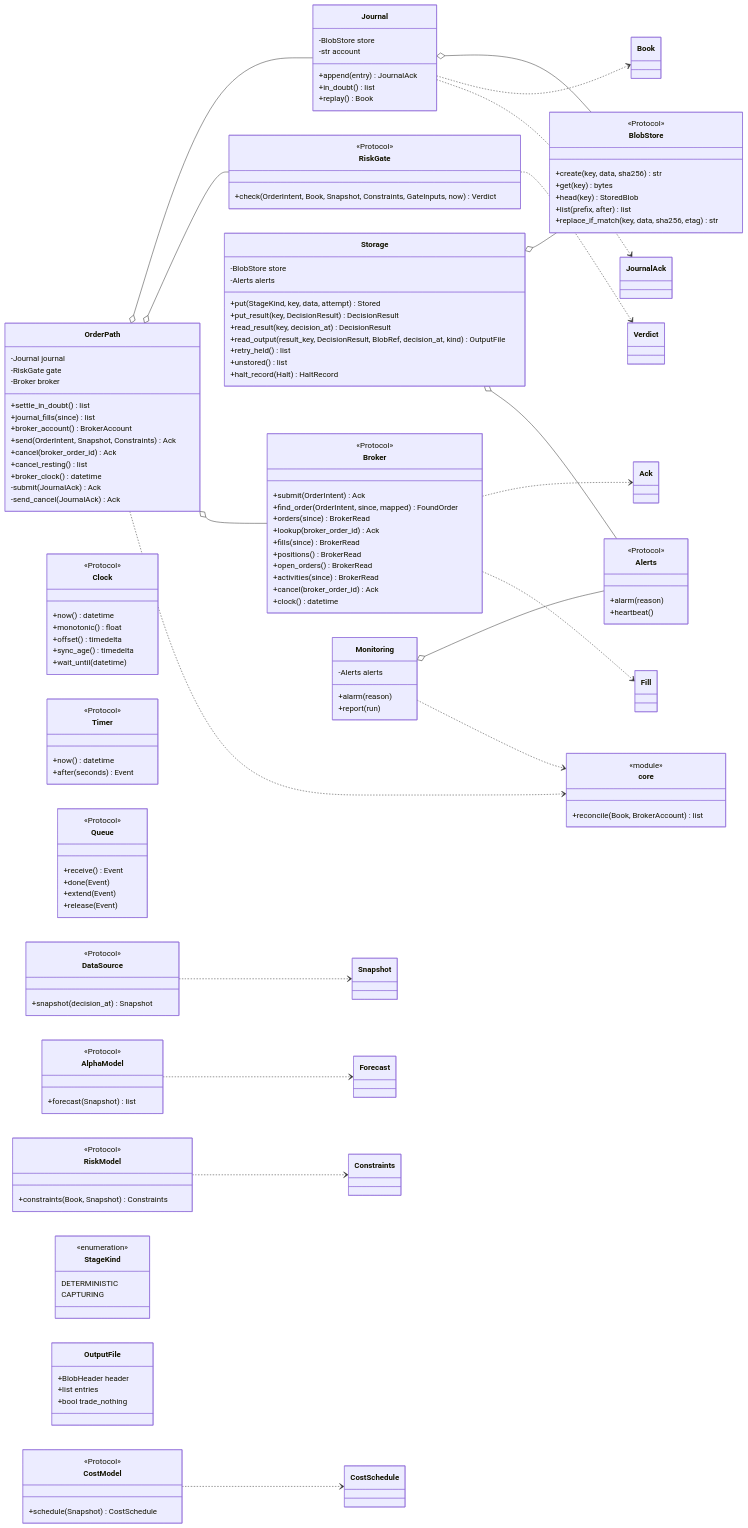
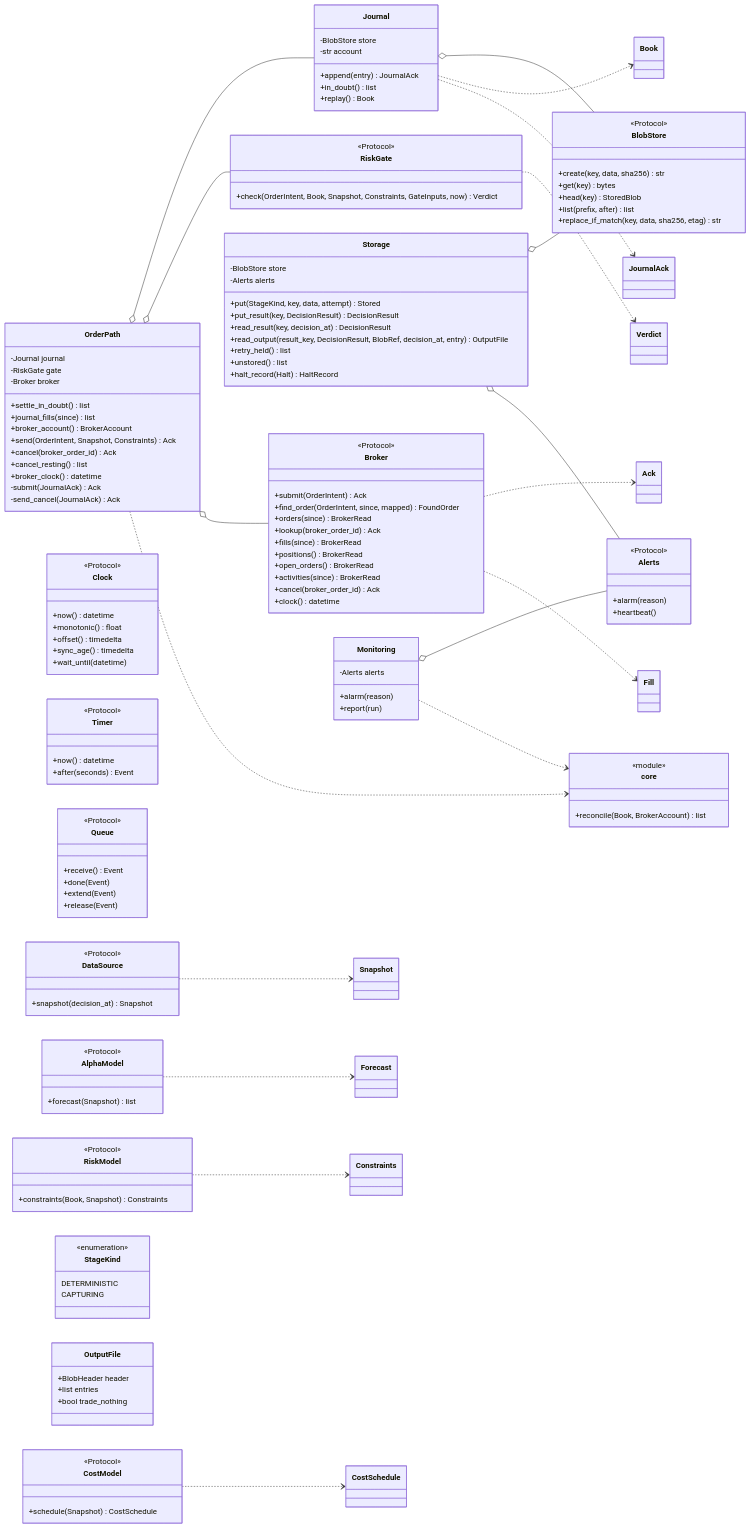
One commit to l3a0/ithildin-runtime changed the fifth of 7 diagrams in docs/architecture/05-building-blocks.md. Above: the diagram before and after it, drawn with Mermaid. The commit also changed other lines of this file and 10 other files, not shown here.

```diff
--- a/docs/architecture/05-building-blocks.md
+++ b/docs/architecture/05-building-blocks.md
@@ -608,7 +608,7 @@
         +put(StageKind, key, data, attempt) Stored
         +put_result(key, DecisionResult) DecisionResult
         +read_result(key, decision_at) DecisionResult
-        +read_output(result_key, DecisionResult, BlobRef, decision_at, kind) OutputFile
+        +read_output(result_key, DecisionResult, BlobRef, decision_at, entry) OutputFile
         +retry_held() list
         +unstored() list
         +halt_record(Halt) HaltRecord
```
